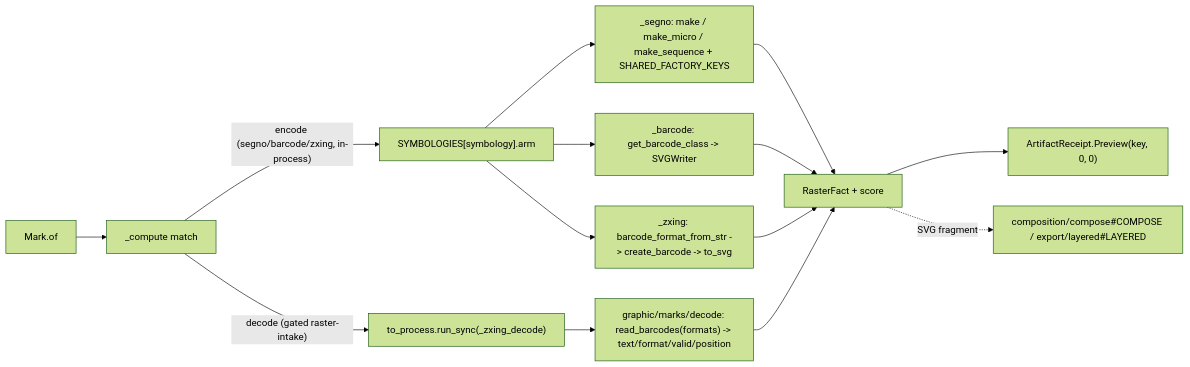
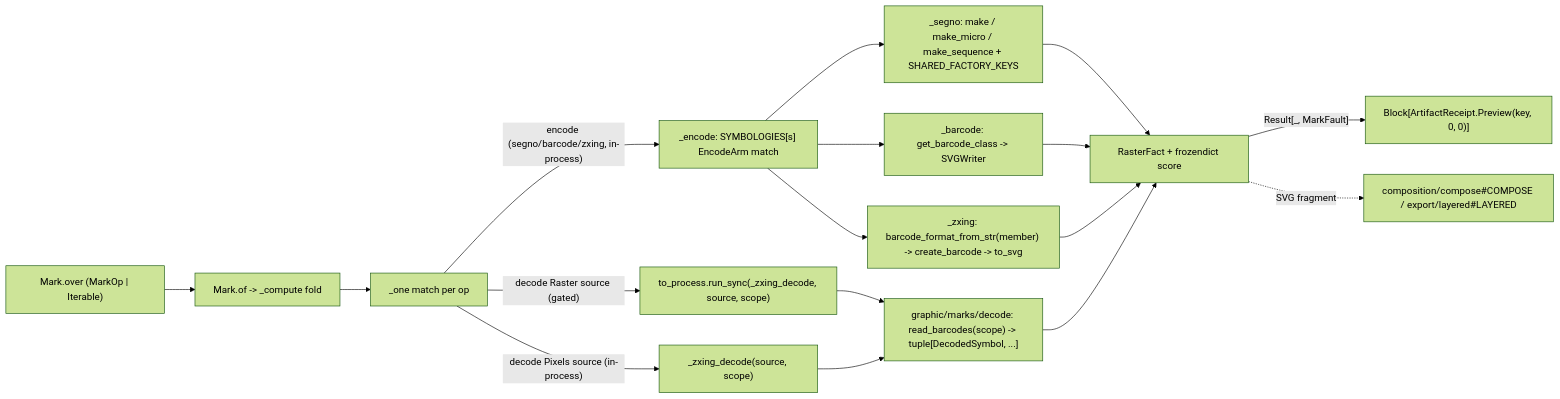
Before and after one commit to bsamiee/Rasm: the diagram in libs/python/artifacts/.planning/graphic/marks/encode.md, drawn with Mermaid (forest theme). The commit also changed other lines of this file and 219 other files, not shown here.

````diff
--- a/libs/python/artifacts/.planning/graphic/marks/encode.md
+++ b/libs/python/artifacts/.planning/graphic/marks/encode.md
@@ -177,16 +416,19 @@
 ```mermaid
 flowchart LR
-    Of["Mark.of"] --> Compute["_compute match"]
-    Compute -->|"encode (segno/barcode/zxing, in-process)"| Sym["SYMBOLOGIES[symbology].arm"]
-    Compute -->|"decode (gated raster-intake)"| Worker["to_process.run_sync(_zxing_decode)"]
-    Sym --> Qr["_segno: make / make_micro / make_sequence + SHARED_FACTORY_KEYS"]
-    Sym --> Bar["_barcode: get_barcode_class -> SVGWriter"]
-    Sym --> Zx["_zxing: barcode_format_from_str -> create_barcode -> to_svg"]
-    Worker --> Dec["graphic/marks/decode: read_barcodes(formats) -> text/format/valid/position"]
-    Qr --> Fact["RasterFact + score"]
+    Over["Mark.over (MarkOp | Iterable)"] --> Of["Mark.of -> _compute fold"]
+    Of --> One["_one match per op"]
+    One -->|"encode (segno/barcode/zxing, in-process)"| Enc["_encode: SYMBOLOGIES[s] EncodeArm match"]
+    One -->|"decode Raster source (gated)"| Worker["to_process.run_sync(_zxing_decode, source, scope)"]
+    One -->|"decode Pixels source (in-process)"| Direct["_zxing_decode(source, scope)"]
+    Enc --> Qr["_segno: make / make_micro / make_sequence + SHARED_FACTORY_KEYS"]
+    Enc --> Bar["_barcode: get_barcode_class -> SVGWriter"]
+    Enc --> Zx["_zxing: barcode_format_from_str(member) -> create_barcode -> to_svg"]
+    Worker --> Dec["graphic/marks/decode: read_barcodes(scope) -> tuple[DecodedSymbol, ...]"]
+    Direct --> Dec
+    Qr --> Fact["RasterFact + frozendict score"]
     Bar --> Fact
     Zx --> Fact
     Dec --> Fact
-    Fact --> Receipt["ArtifactReceipt.Preview(key, 0, 0)"]
+    Fact -->|"Result[_, MarkFault]"| Receipt["Block[ArtifactReceipt.Preview(key, 0, 0)]"]
     Fact -.->|"SVG fragment"| Compose["composition/compose#COMPOSE / export/layered#LAYERED"]
 ```
````
